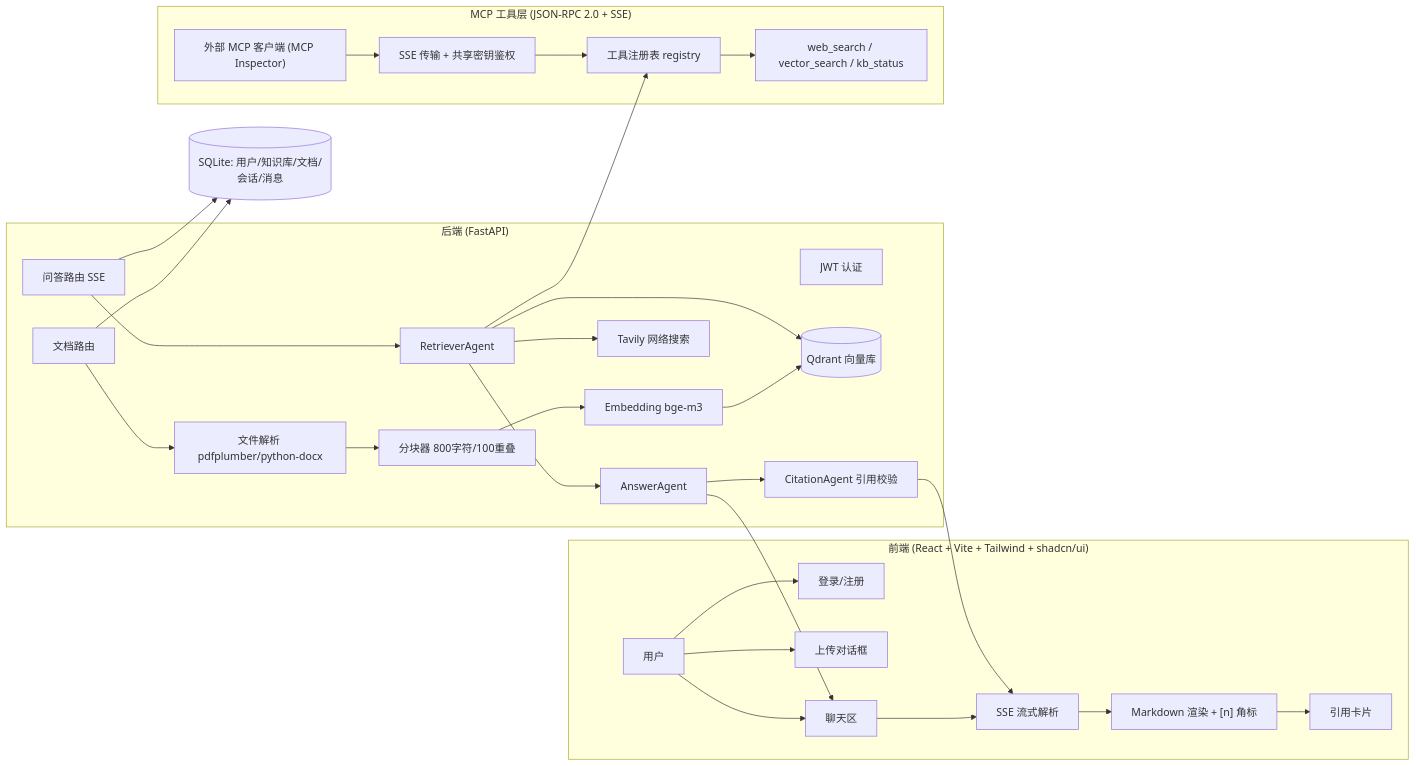
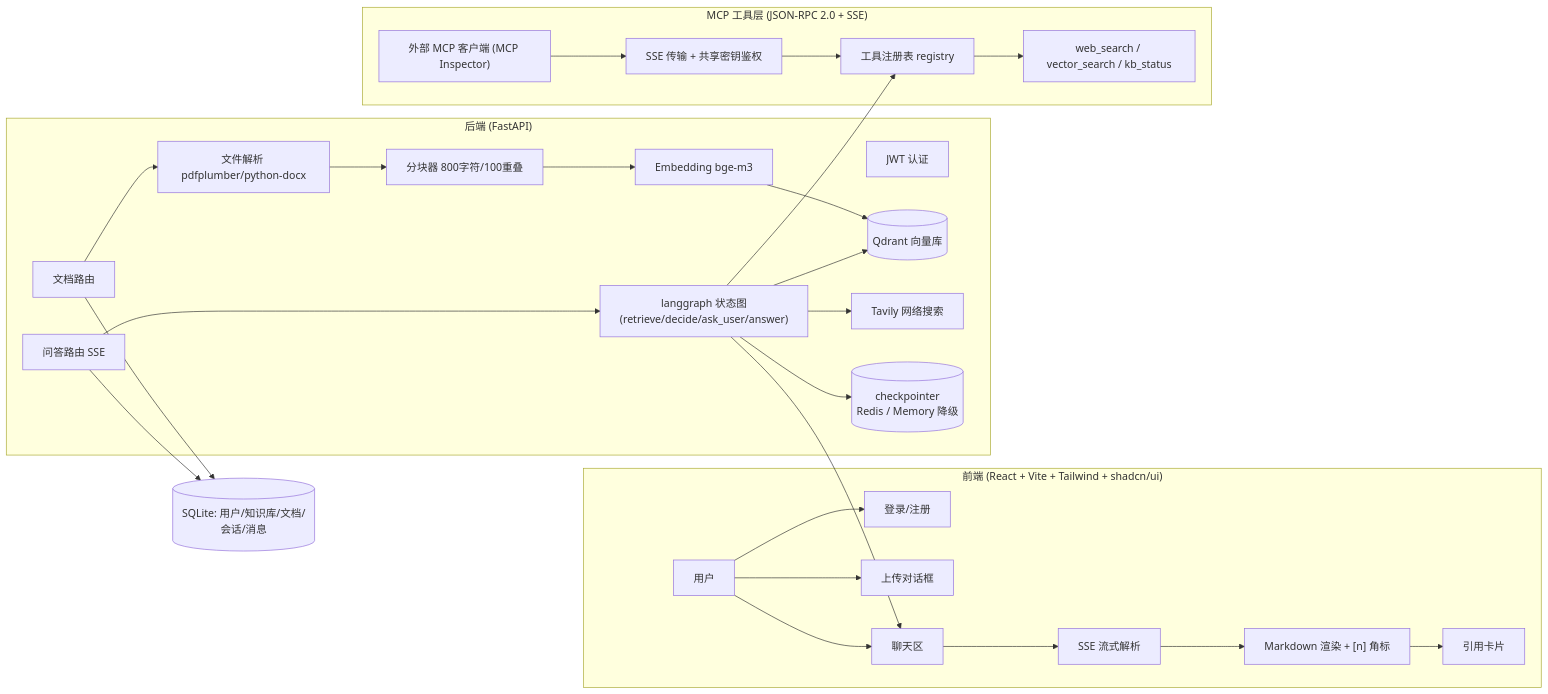
Before and after one commit to EmptyHands/ima-knowledge-base: the first of 2 diagrams in README.md, drawn with Mermaid. The commit also changed other lines of this file, not shown here.

Commit message:
docs: README 对齐 langgraph 实现 - 架构图/数据流/选型表更新, 新增问答状态图 (v1.6.0)

````diff
--- a/README.md
+++ b/README.md
@@ -17,39 +18,37 @@
 ```mermaid
 flowchart LR
     subgraph FE["前端 (React + Vite + Tailwind + shadcn/ui)"]
         U["用户"] --> LOGIN["登录/注册"]
         U --> UPLOAD["上传对话框"]
         U --> CHAT["聊天区"]
         CHAT --> SSE["SSE 流式解析"]
         SSE --> MARKDOWN["Markdown 渲染 + [n] 角标"]
         MARKDOWN --> CARD["引用卡片"]
     end
     subgraph BE["后端 (FastAPI)"]
         AUTH["JWT 认证"]
         DOC["文档路由"]
         DOC --> PARSE["文件解析 pdfplumber/python-docx"]
         PARSE --> CHUNK["分块器 800字符/100重叠"]
         CHUNK --> EMBED["Embedding bge-m3"]
         EMBED --> QDRANT[("Qdrant 向量库")]
         ASK["问答路由 SSE"]
-        ASK --> RET["RetrieverAgent"]
-        RET --> QDRANT
-        RET --> WEB["Tavily 网络搜索"]
-        RET --> ANS["AnswerAgent"]
-        ANS --> CIT["CitationAgent 引用校验"]
-        ANS --> CHAT
-        CIT --> SSE
+        ASK --> GRAPH["langgraph 状态图<br/>(retrieve/decide/ask_user/answer)"]
+        GRAPH --> QDRANT
+        GRAPH --> WEB["Tavily 网络搜索"]
+        GRAPH --> CHKP[("checkpointer<br/>Redis / Memory 降级")]
+        GRAPH --> CHAT
     end
     subgraph MCP["MCP 工具层 (JSON-RPC 2.0 + SSE)"]
         MCPREG["工具注册表 registry"]
         MCPTOOLS["web_search / vector_search / kb_status"]
         MCPSSE["SSE 传输 + 共享密钥鉴权"]
         MCPREG --> MCPTOOLS
         MCPSSE --> MCPREG
-        RET --> MCPREG
+        GRAPH --> MCPREG
         MCPCLI["外部 MCP 客户端 (MCP Inspector)"] --> MCPSSE
     end
     META[("SQLite: 用户/知识库/文档/会话/消息")]
     DOC --> META
     ASK --> META
 ```
````
